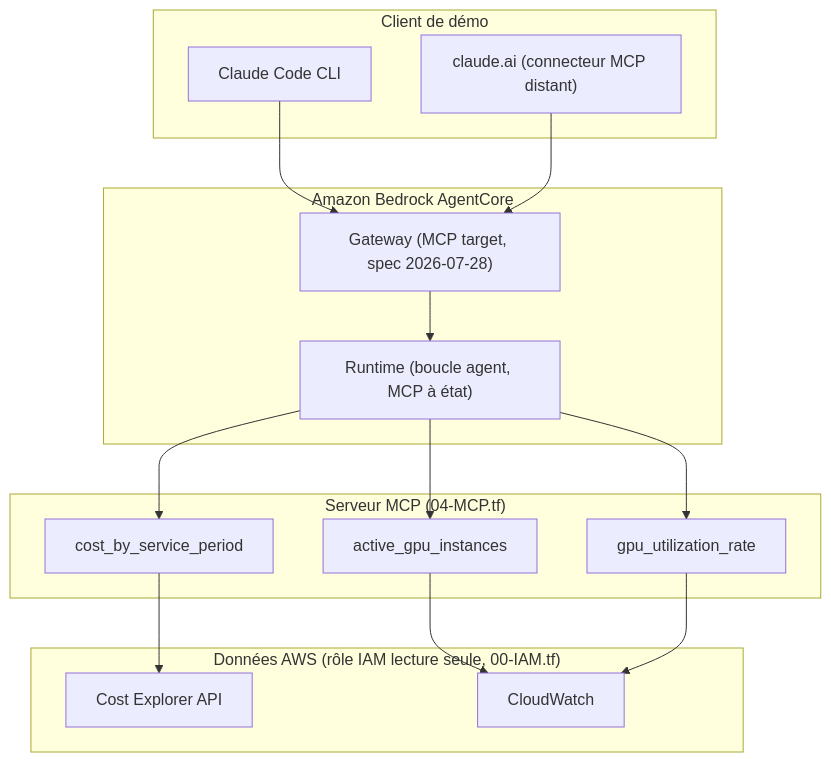
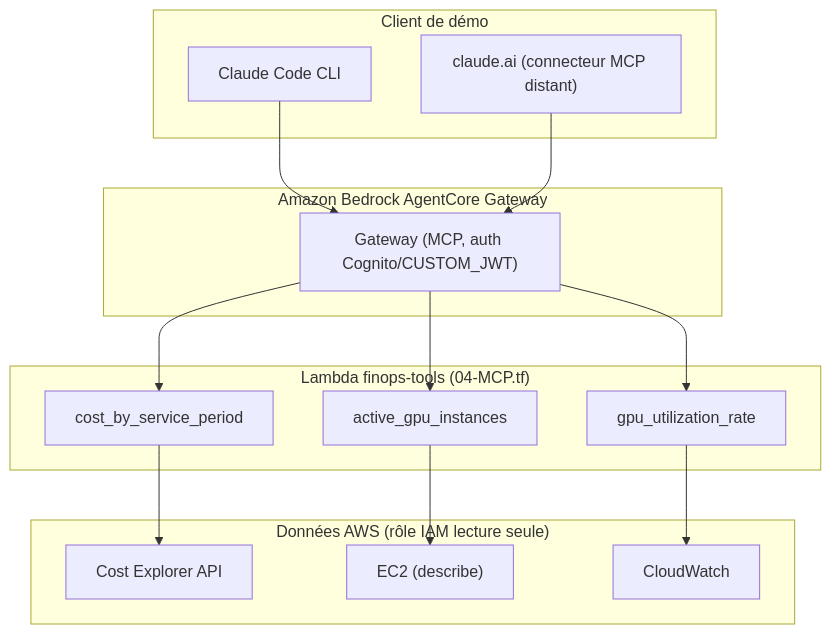
One commit to PhenixForge/AWS-FinOps-agent-with-MCP changed the first of 2 diagrams in README.md. Above: the diagram before and after it, drawn with Mermaid. The commit also changed other lines of this file and 3 other files, not shown here.

````diff
--- a/README.md
+++ b/README.md
@@ -18,33 +19,32 @@
 ```mermaid
 flowchart TD
     subgraph Client["Client de démo"]
         CLI["Claude Code CLI"]
         Chat["claude.ai (connecteur MCP distant)"]
     end
 
-    subgraph AgentCore["Amazon Bedrock AgentCore"]
-        GW["Gateway (MCP target, spec 2026-07-28)"]
-        RT["Runtime (boucle agent, MCP à état)"]
+    subgraph AgentCore["Amazon Bedrock AgentCore Gateway"]
+        GW["Gateway (MCP, auth Cognito/CUSTOM_JWT)"]
     end
 
-    subgraph MCPServer["Serveur MCP (04-MCP.tf)"]
+    subgraph MCPServer["Lambda finops-tools (04-MCP.tf)"]
         T1["cost_by_service_period"]
         T2["active_gpu_instances"]
         T3["gpu_utilization_rate"]
     end
 
-    subgraph AWSData["Données AWS (rôle IAM lecture seule, 00-IAM.tf)"]
+    subgraph AWSData["Données AWS (rôle IAM lecture seule)"]
         CE["Cost Explorer API"]
+        EC2["EC2 (describe)"]
         CW["CloudWatch"]
     end
 
     CLI --> GW
     Chat --> GW
-    GW --> RT
-    RT --> T1
-    RT --> T2
-    RT --> T3
+    GW --> T1
+    GW --> T2
+    GW --> T3
     T1 --> CE
-    T2 --> CW
+    T2 --> EC2
     T3 --> CW
 ```
````
